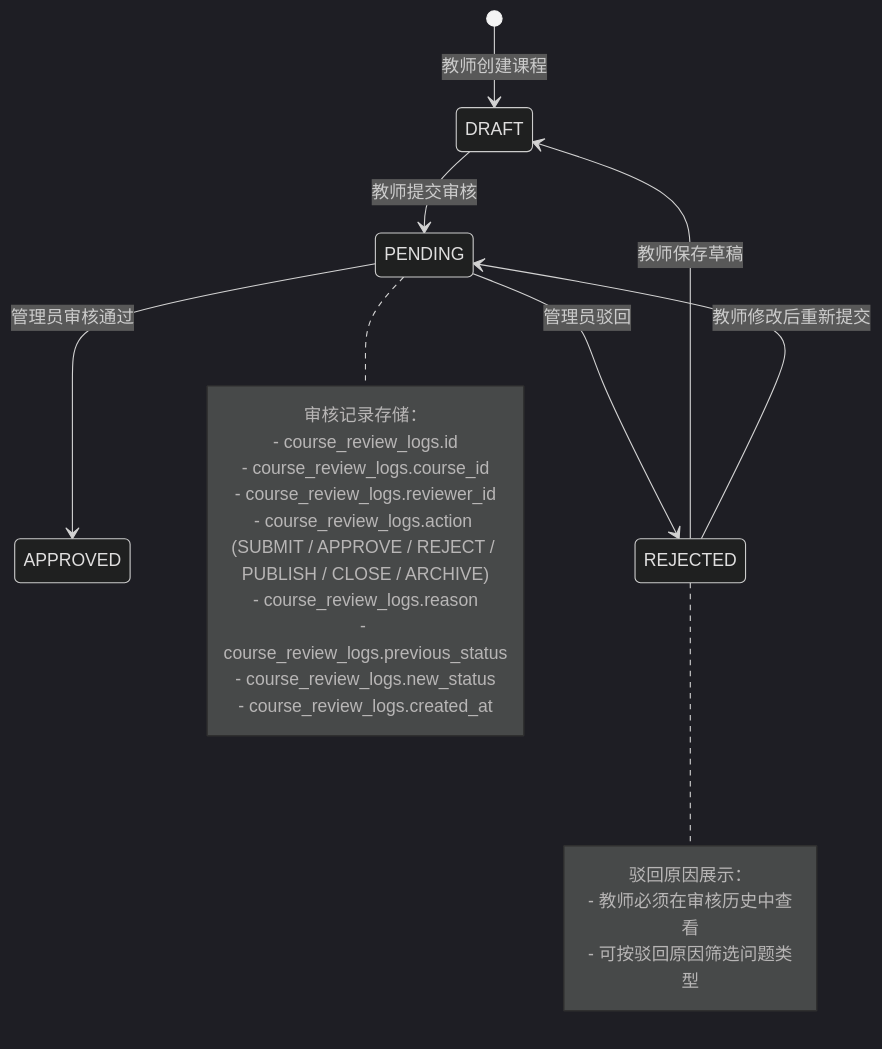
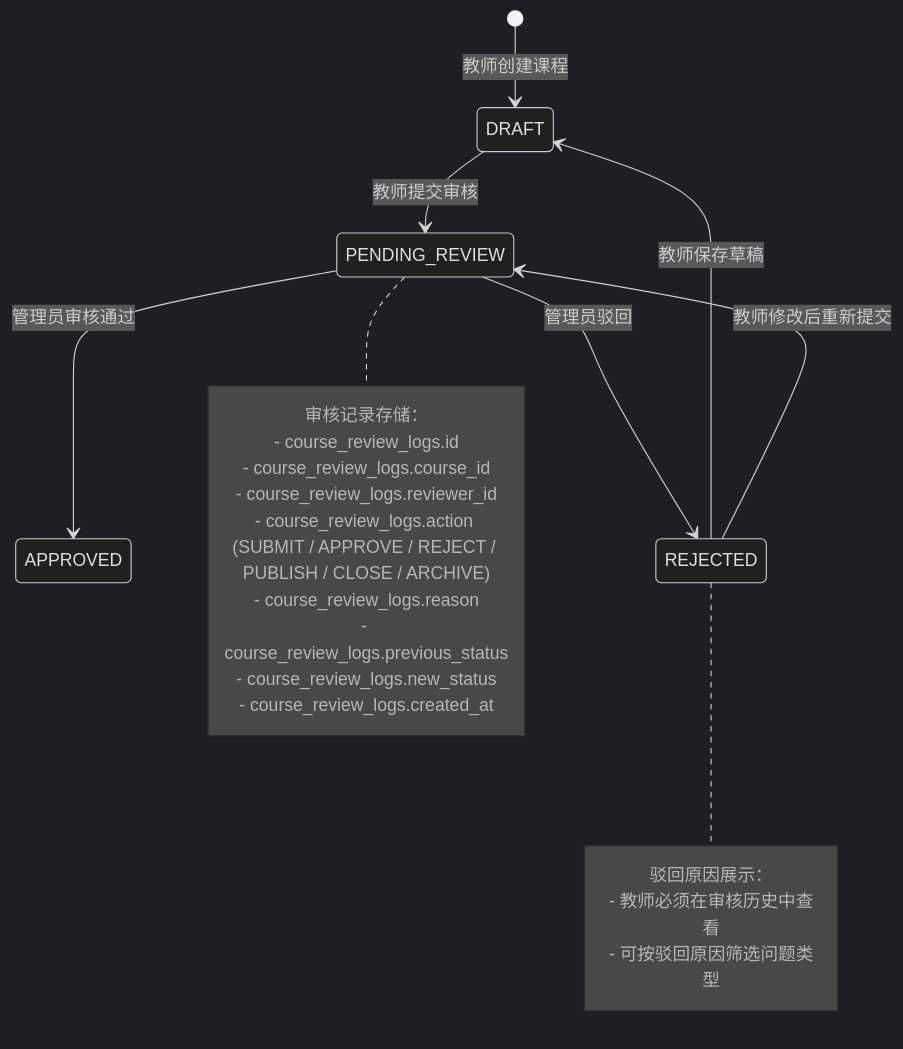
Before and after one commit to ailyedu2030/micro-course: the sixth of 8 diagrams in docs/状态机设计.md, drawn with Mermaid (dark theme). The commit also changed other lines of this file and 99 other files, not shown here.

````diff
--- a/docs/状态机设计.md
+++ b/docs/状态机设计.md
@@ -808,27 +808,27 @@
 ```mermaid
 stateDiagram-v2
     [*] --> DRAFT: 教师创建课程
-    DRAFT --> PENDING: 教师提交审核
-    PENDING --> APPROVED: 管理员审核通过
-    PENDING --> REJECTED: 管理员驳回
+    DRAFT --> PENDING_REVIEW: 教师提交审核
+    PENDING_REVIEW --> APPROVED: 管理员审核通过
+    PENDING_REVIEW --> REJECTED: 管理员驳回
     REJECTED --> DRAFT: 教师保存草稿
-    REJECTED --> PENDING: 教师修改后重新提交
+    REJECTED --> PENDING_REVIEW: 教师修改后重新提交
 
-    note right of PENDING
+    note right of PENDING_REVIEW
         审核记录存储：
         - course_review_logs.id
         - course_review_logs.course_id
         - course_review_logs.reviewer_id
         - course_review_logs.action (SUBMIT / APPROVE / REJECT / PUBLISH / CLOSE / ARCHIVE)
         - course_review_logs.reason
         - course_review_logs.previous_status
         - course_review_logs.new_status
         - course_review_logs.created_at
     end note
 
     note right of REJECTED
         驳回原因展示：
         - 教师必须在审核历史中查看
         - 可按驳回原因筛选问题类型
     end note
 ```
````
